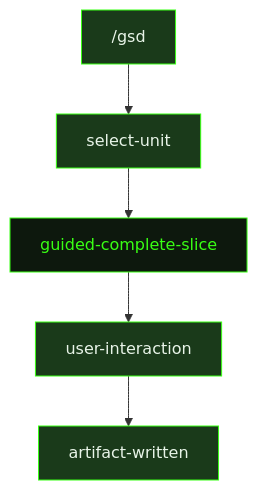
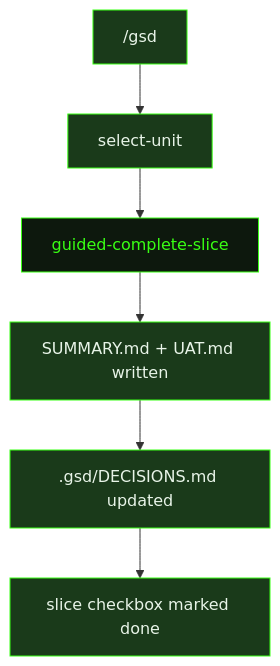
One commit to shusha-group/gsd2-guide changed the diagram in src/content/docs/prompts/guided-complete-slice.mdx. Above: the diagram before and after it, drawn with Mermaid. The commit also changed other lines of this file and 79 other files, not shown here.

````diff
--- a/src/content/docs/prompts/guided-complete-slice.mdx
+++ b/src/content/docs/prompts/guided-complete-slice.mdx
@@ -14,13 +16,15 @@
 ```mermaid
 flowchart TD
     GsdCommand["/gsd"] --> SelectUnit["select-unit"]
     SelectUnit --> GuidedCompleteSlice["guided-complete-slice"]
-    GuidedCompleteSlice --> UserInteraction["user-interaction"]
-    UserInteraction --> ArtifactWritten["artifact-written"]
+    GuidedCompleteSlice --> SummaryWritten["SUMMARY.md + UAT.md written"]
+    SummaryWritten --> DecisionsUpdated[".gsd/DECISIONS.md updated"]
+    DecisionsUpdated --> RoadmapMarked["slice checkbox marked done"]
 
     style GuidedCompleteSlice fill:#0d180d,stroke:#39ff14,color:#39ff14
     style GsdCommand fill:#1a3a1a,stroke:#39ff14,color:#e8f4e8
     style SelectUnit fill:#1a3a1a,stroke:#39ff14,color:#e8f4e8
-    style UserInteraction fill:#1a3a1a,stroke:#39ff14,color:#e8f4e8
-    style ArtifactWritten fill:#1a3a1a,stroke:#39ff14,color:#e8f4e8
+    style SummaryWritten fill:#1a3a1a,stroke:#39ff14,color:#e8f4e8
+    style DecisionsUpdated fill:#1a3a1a,stroke:#39ff14,color:#e8f4e8
+    style RoadmapMarked fill:#1a3a1a,stroke:#39ff14,color:#e8f4e8
 ```
````
